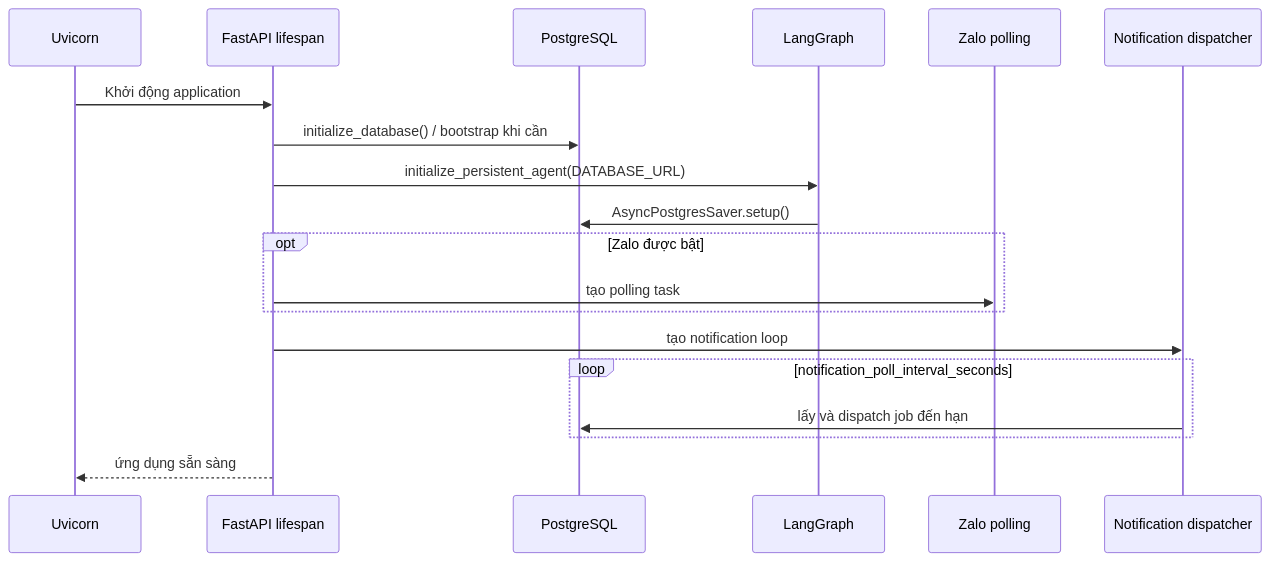
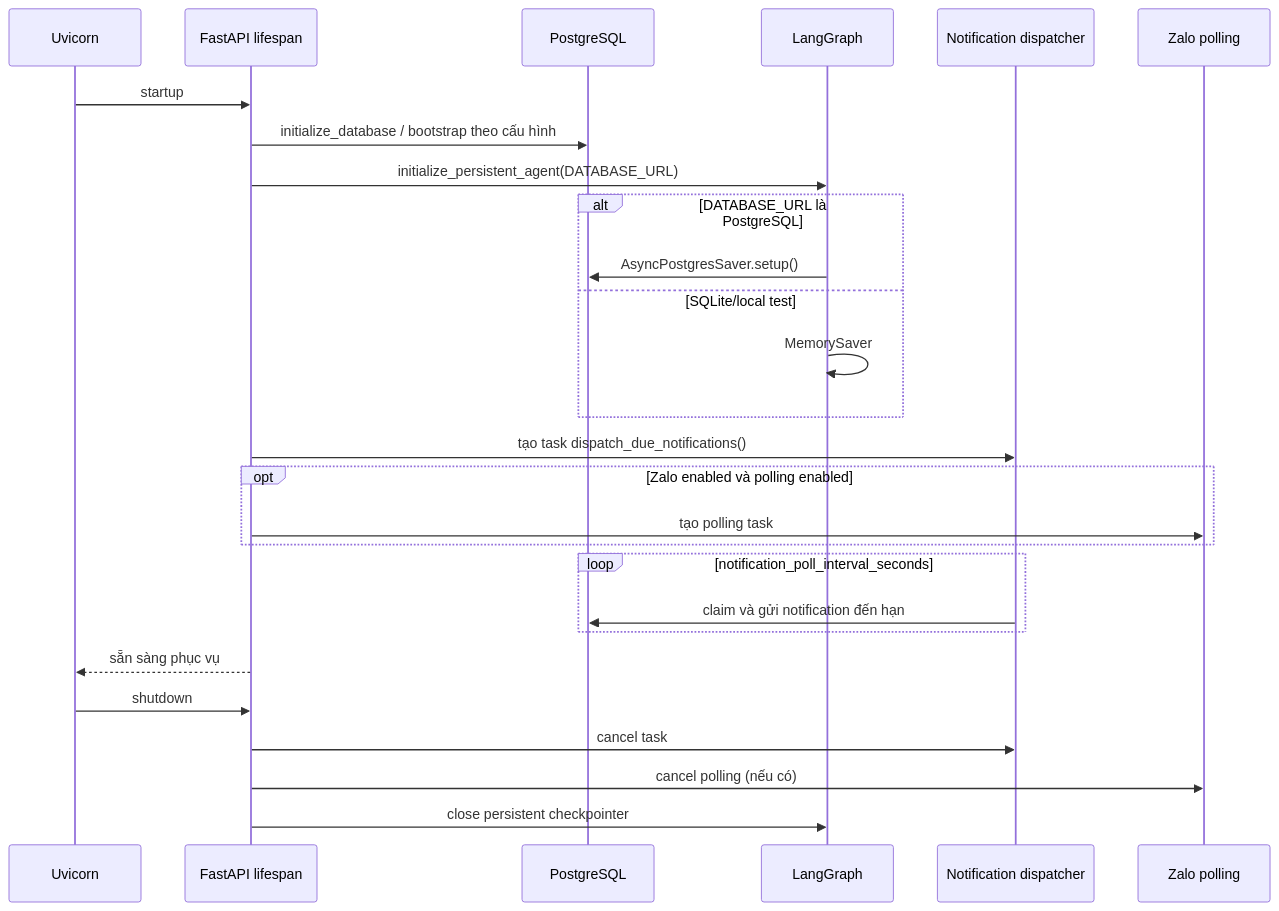
Before and after one commit to haichauht/vinfast-test-drive-booking: the fourth of 8 diagrams in ARCHITECTURE.md, drawn with Mermaid. The commit also changed other lines of this file and 3 other files, not shown here.

````diff
--- a/ARCHITECTURE.md
+++ b/ARCHITECTURE.md
@@ -127,21 +131,29 @@
 ```mermaid
 sequenceDiagram
     participant U as Uvicorn
-    participant A as FastAPI lifespan
+    participant F as FastAPI lifespan
     participant DB as PostgreSQL
     participant G as LangGraph
+    participant N as Notification dispatcher
     participant Z as Zalo polling
-    participant N as Notification dispatcher
-    U->>A: Khởi động application
-    A->>DB: initialize_database() / bootstrap khi cần
-    A->>G: initialize_persistent_agent(DATABASE_URL)
-    G->>DB: AsyncPostgresSaver.setup()
-    opt Zalo được bật
-        A->>Z: tạo polling task
+    U->>F: startup
+    F->>DB: initialize_database / bootstrap theo cấu hình
+    F->>G: initialize_persistent_agent(DATABASE_URL)
+    alt DATABASE_URL là PostgreSQL
+        G->>DB: AsyncPostgresSaver.setup()
+    else SQLite/local test
+        G->>G: MemorySaver
     end
-    A->>N: tạo notification loop
+    F->>N: tạo task dispatch_due_notifications()
+    opt Zalo enabled và polling enabled
+        F->>Z: tạo polling task
+    end
     loop notification_poll_interval_seconds
-        N->>DB: lấy và dispatch job đến hạn
+        N->>DB: claim và gửi notification đến hạn
     end
-    A-->>U: ứng dụng sẵn sàng
+    F-->>U: sẵn sàng phục vụ
+    U->>F: shutdown
+    F->>N: cancel task
+    F->>Z: cancel polling (nếu có)
+    F->>G: close persistent checkpointer
 ```
````
